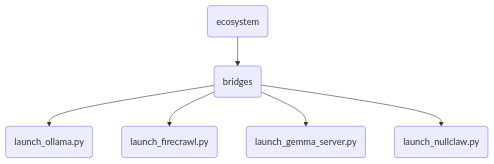
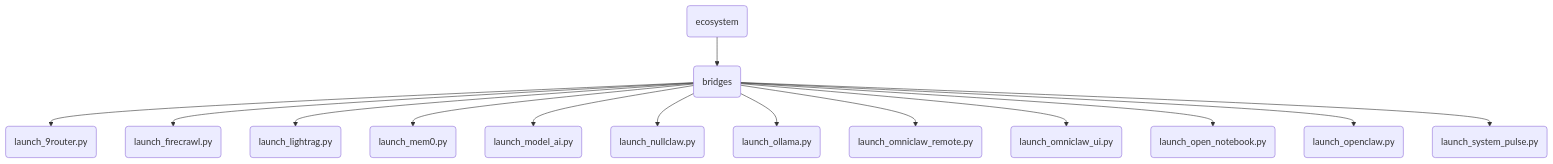
The diagram in ecosystem/bridges/_DIR_IDENTITY.md (LongLeo287/OmniClaw), drawn with Mermaid before and after one commit. The commit also changed other lines of this file and 16 other files, not shown here.

Commit message:
chore(infrastructure): Formalize OBD Harbor Bridges boundaries, add System Pulse, update Maps & Templates

````diff
--- a/ecosystem/bridges/_DIR_IDENTITY.md
+++ b/ecosystem/bridges/_DIR_IDENTITY.md
@@ -25,8 +25,16 @@
 ```mermaid
 graph TD
   Parent("ecosystem") --> Node("bridges")
-  Node --> B1("launch_ollama.py")
+  Node --> B1("launch_9router.py")
   Node --> B2("launch_firecrawl.py")
-  Node --> B3("launch_gemma_server.py")
-  Node --> B4("launch_nullclaw.py")
+  Node --> B3("launch_lightrag.py")
+  Node --> B4("launch_mem0.py")
+  Node --> B5("launch_model_ai.py")
+  Node --> B6("launch_nullclaw.py")
+  Node --> B7("launch_ollama.py")
+  Node --> B8("launch_omniclaw_remote.py")
+  Node --> B9("launch_omniclaw_ui.py")
+  Node --> B10("launch_open_notebook.py")
+  Node --> B11("launch_openclaw.py")
+  Node --> B12("launch_system_pulse.py")
 ```
````
